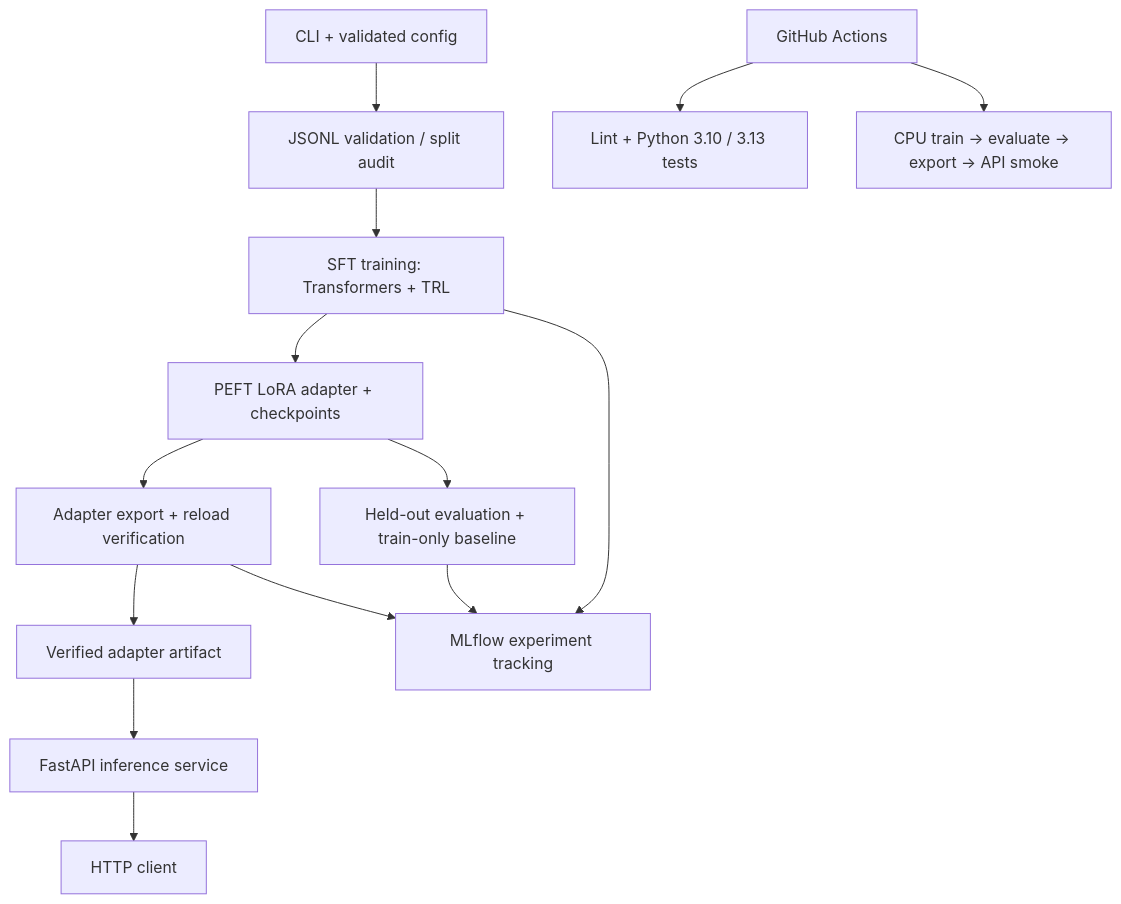
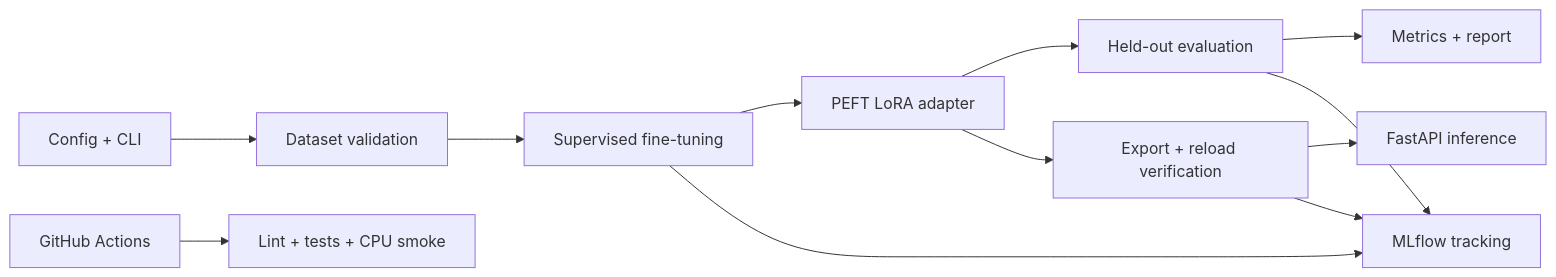
The diagram in README.md (Sujeet-Kona/LoRAFlow), drawn with Mermaid before and after one commit. The commit also changed other lines of this file, not shown here.

````diff
--- a/README.md
+++ b/README.md
@@ -13,16 +11,14 @@
-```mermaid
-flowchart TD
-    CLI["CLI + validated config"] --> DATA["JSONL validation / split audit"]
-    DATA --> TRAIN["SFT training: Transformers + TRL"]
-    TRAIN --> PEFT["PEFT LoRA adapter + checkpoints"]
-    PEFT --> EVAL["Held-out evaluation + train-only baseline"]
-    PEFT --> EXPORT["Adapter export + reload verification"]
-    EXPORT --> ART["Verified adapter artifact"]
-    ART --> API["FastAPI inference service"]
-    API --> CLIENT["HTTP client"]
-    TRAIN --> MLFLOW["MLflow experiment tracking"]
-    EVAL --> MLFLOW
-    EXPORT --> MLFLOW
-    CI["GitHub Actions"] --> TESTS["Lint + Python 3.10 / 3.13 tests"]
-    CI --> SMOKE["CPU train → evaluate → export → API smoke"]
-```
+~~~mermaid
+flowchart LR
+    CONFIG[Config + CLI] --> DATA[Dataset validation]
+    DATA --> TRAIN[Supervised fine-tuning]
+    TRAIN --> ADAPTER[PEFT LoRA adapter]
+    ADAPTER --> EVAL[Held-out evaluation]
+    EVAL --> REPORT[Metrics + report]
+    ADAPTER --> EXPORT[Export + reload verification]
+    EXPORT --> API[FastAPI inference]
+    TRAIN --> TRACK[MLflow tracking]
+    EVAL --> TRACK
+    EXPORT --> TRACK
+    CI[GitHub Actions] --> CHECKS[Lint + tests + CPU smoke]
+~~~
````
